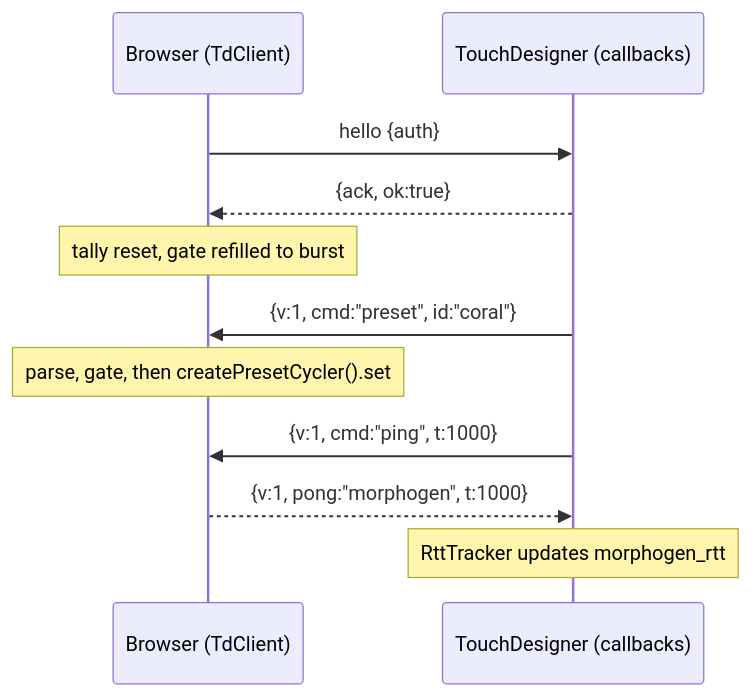
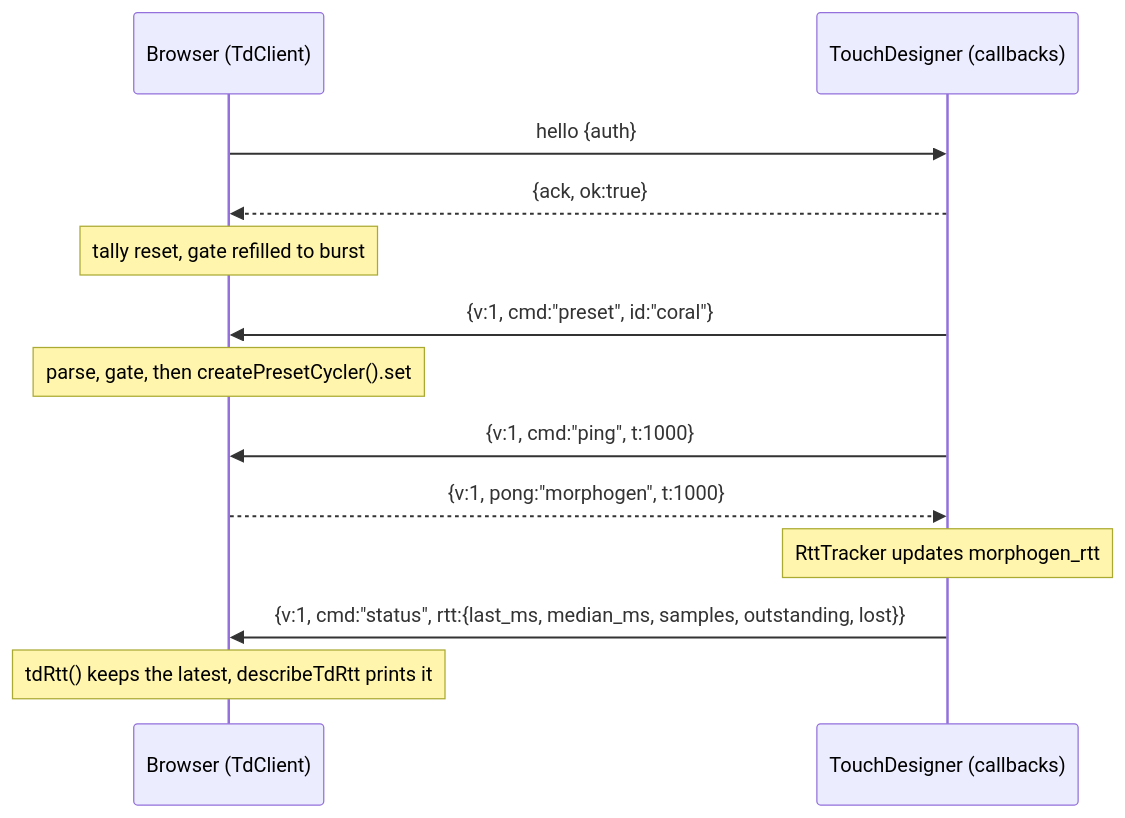
Before and after one commit to IAmM3ta/MORPHOS: the diagram in docs/morphogen-redteam/TD-COMMANDS.md, drawn with Mermaid. The commit also changed other lines of this file and 15 other files, not shown here.

Commit message:
feat: Morphogen v2 TD → app status frame — TD pushes its RTT / lost-ping figures (send_status, make_status_command), browser parses strictly and keeps the latest per session (TdClient.tdRtt, ?debug=1 tdRtt), shared fixture rows + rtt_lines pin both sides' line + tests (daily)

````diff
--- a/docs/morphogen-redteam/TD-COMMANDS.md
+++ b/docs/morphogen-redteam/TD-COMMANDS.md
@@ -22,13 +22,15 @@
 ```mermaid
 sequenceDiagram
   participant B as Browser (TdClient)
   participant T as TouchDesigner (callbacks)
   B->>T: hello {auth}
   T-->>B: {ack, ok:true}
   Note over B: tally reset, gate refilled to burst
   T->>B: {v:1, cmd:"preset", id:"coral"}
   Note over B: parse, gate, then createPresetCycler().set
   T->>B: {v:1, cmd:"ping", t:1000}
   B-->>T: {v:1, pong:"morphogen", t:1000}
   Note over T: RttTracker updates morphogen_rtt
+  T->>B: {v:1, cmd:"status", rtt:{last_ms, median_ms, samples, outstanding, lost}}
+  Note over B: tdRtt() keeps the latest, describeTdRtt prints it
 ```
````
